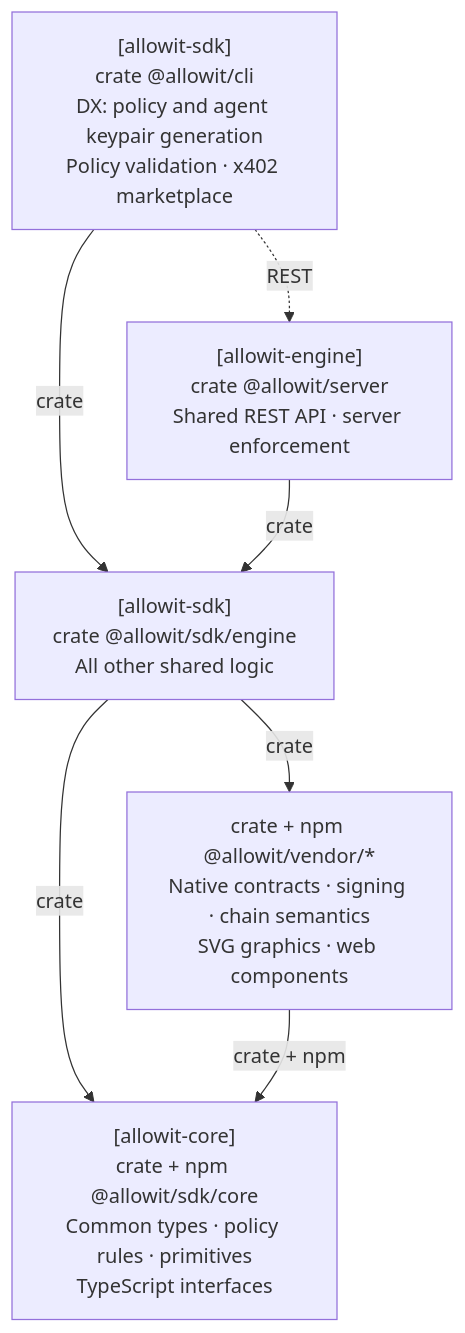
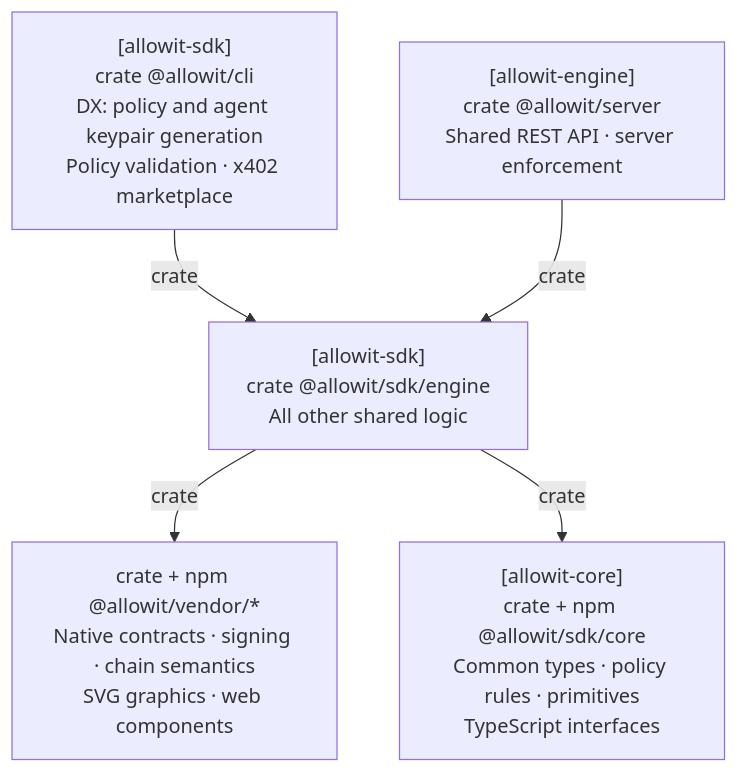
Before and after one commit to allowit-hq/allowit-sdk: the diagram in README.md, drawn with Mermaid. The commit also changed other lines of this file and 3 other files, not shown here.

Commit message:
Focus README diagrams on direct dependencies

````diff
--- a/README.md
+++ b/README.md
@@ -18,15 +18,13 @@
 ```mermaid
 flowchart TB
     CLI["[allowit-sdk]<br/>crate @allowit/cli<br/>DX: policy and agent keypair generation<br/>Policy validation · x402 marketplace"]
     Server["[allowit-engine]<br/>crate @allowit/server<br/>Shared REST API · server enforcement"]
     Engine["[allowit-sdk]<br/>crate @allowit/sdk/engine<br/>All other shared logic"]
     Vendor["crate + npm @allowit/vendor/*<br/>Native contracts · signing · chain semantics<br/>SVG graphics · web components"]
     Core["[allowit-core]<br/>crate + npm @allowit/sdk/core<br/>Common types · policy rules · primitives<br/>TypeScript interfaces"]
 
-    CLI -. REST .-> Server
     CLI -->|crate| Engine
     Server -->|crate| Engine
     Engine -->|crate| Vendor
     Engine -->|crate| Core
-    Vendor -->|crate + npm| Core
 ```
````
